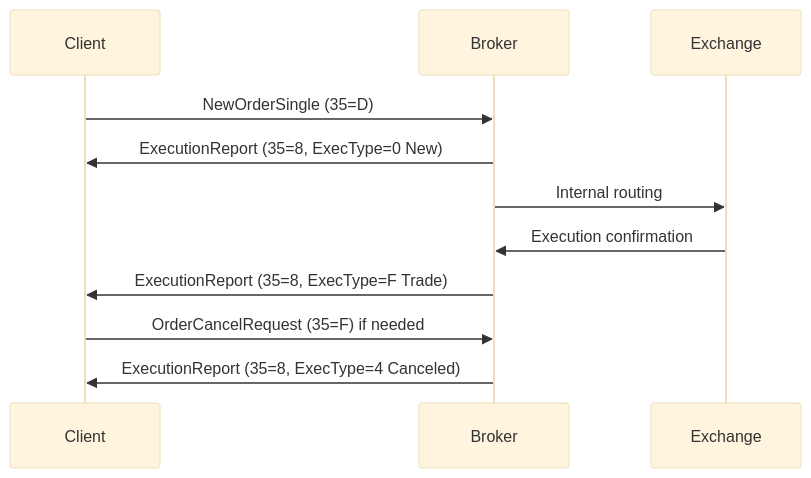
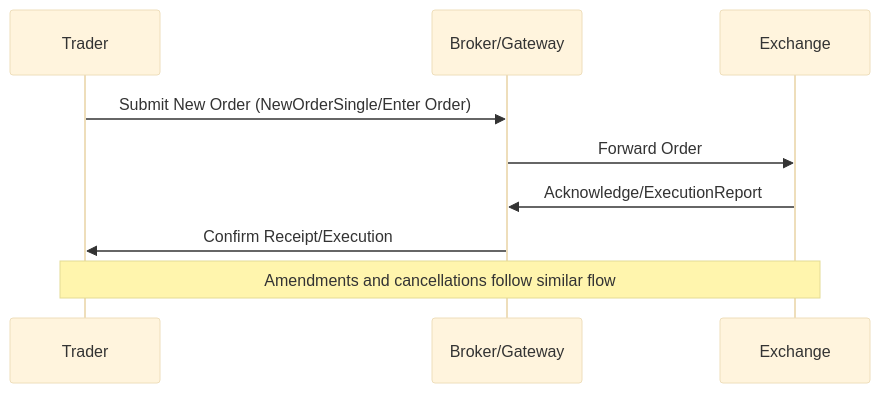
Before and after one commit to VrushankPatel/interview-matters: the diagram in trading/protocols/order-entry-protocols/README.md, drawn with Mermaid (base theme). The commit also changed other lines of this file and 15 other files, not shown here.

````diff
--- a/trading/protocols/order-entry-protocols/README.md
+++ b/trading/protocols/order-entry-protocols/README.md
@@ -73,14 +85,12 @@
 ```mermaid
 sequenceDiagram
-    participant Client
-    participant Broker
+    participant Trader
+    participant Broker/Gateway
     participant Exchange
 
-    Client->>Broker: NewOrderSingle (35=D)
-    Broker->>Client: ExecutionReport (35=8, ExecType=0 New)
-    Broker->>Exchange: Internal routing
-    Exchange->>Broker: Execution confirmation
-    Broker->>Client: ExecutionReport (35=8, ExecType=F Trade)
-    Client->>Broker: OrderCancelRequest (35=F) if needed
-    Broker->>Client: ExecutionReport (35=8, ExecType=4 Canceled)
+    Trader->>Broker/Gateway: Submit New Order (NewOrderSingle/Enter Order)
+    Broker/Gateway->>Exchange: Forward Order
+    Exchange->>Broker/Gateway: Acknowledge/ExecutionReport
+    Broker/Gateway->>Trader: Confirm Receipt/Execution
+    Note over Trader,Exchange: Amendments and cancellations follow similar flow
 ```
````
